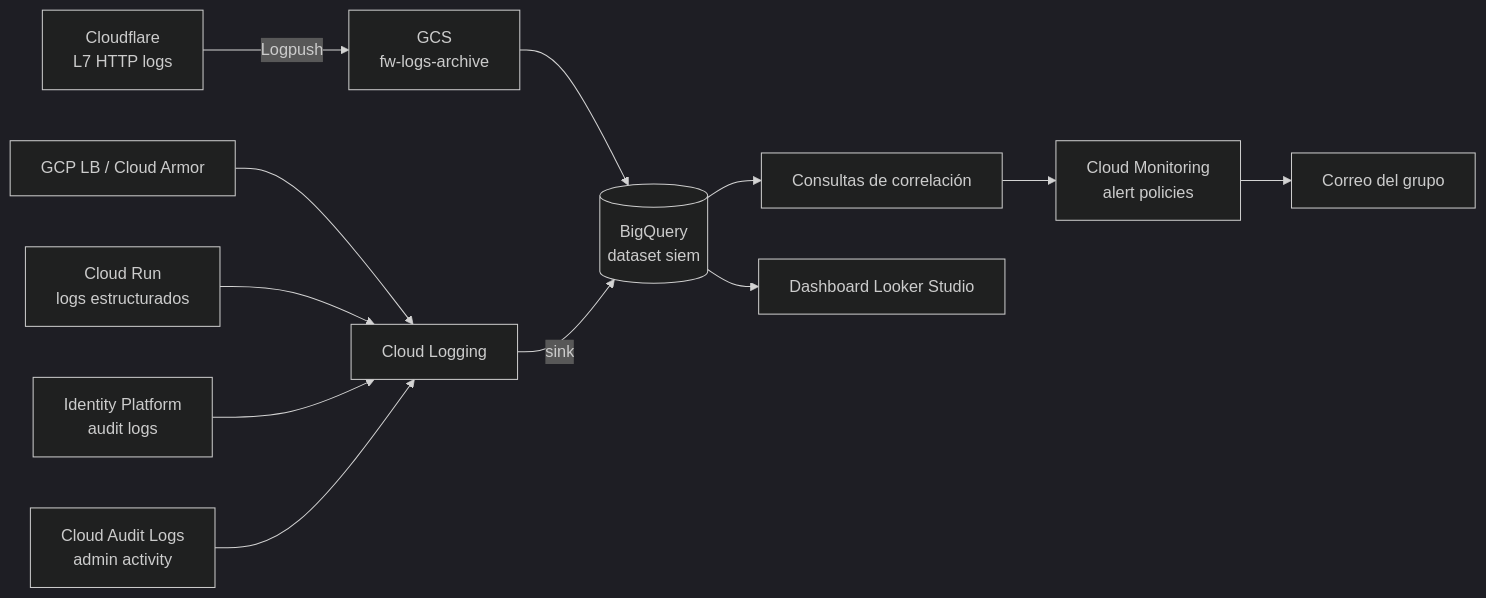
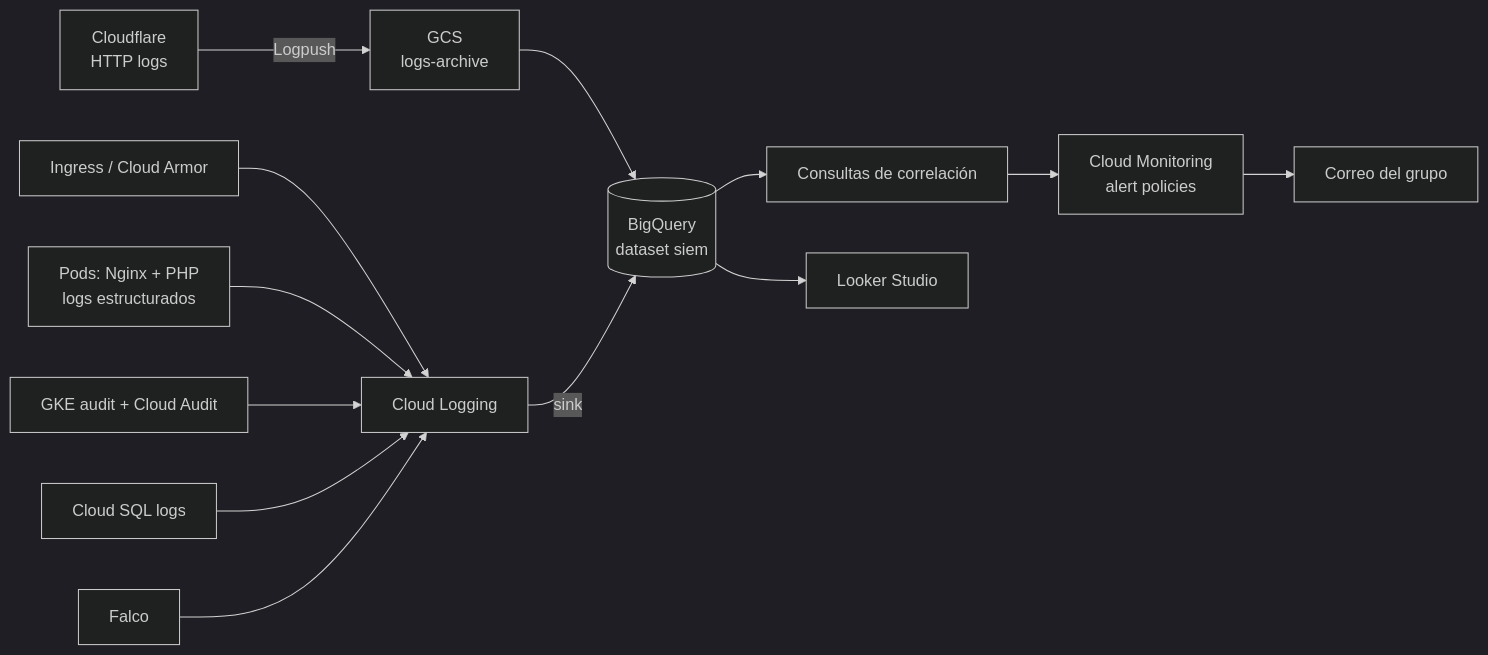
One commit to Joliva07/ProyectoFinal_SeguridadEnAplicaciones changed the diagram in docs/05-operaciones/siem.md. Above: the diagram before and after it, drawn with Mermaid (dark theme). The commit also changed other lines of this file and 38 other files, not shown here.

````diff
--- a/docs/05-operaciones/siem.md
+++ b/docs/05-operaciones/siem.md
@@ -7,14 +7,15 @@
 ```mermaid
 flowchart LR
-    CF["Cloudflare<br/>L7 HTTP logs"] -->|Logpush| GCS["GCS<br/>fw-logs-archive"]
-    LB["GCP LB / Cloud Armor"] --> LOG["Cloud Logging"]
-    RUN["Cloud Run<br/>logs estructurados"] --> LOG
-    IDP["Identity Platform<br/>audit logs"] --> LOG
-    IAM["Cloud Audit Logs<br/>admin activity"] --> LOG
+    CF["Cloudflare<br/>HTTP logs"] -->|Logpush| GCS["GCS<br/>logs-archive"]
+    LB["Ingress / Cloud Armor"] --> LOG["Cloud Logging"]
+    APP["Pods: Nginx + PHP<br/>logs estructurados"] --> LOG
+    AUD["GKE audit + Cloud Audit"] --> LOG
+    SQL["Cloud SQL logs"] --> LOG
+    FALCO["Falco"] --> LOG
     GCS --> BQ[("BigQuery<br/>dataset siem")]
     LOG -->|sink| BQ
-    BQ --> LOOK["Consultas de correlación"]
-    LOOK --> ALERT["Cloud Monitoring<br/>alert policies"]
+    BQ --> Q["Consultas de correlación"]
+    Q --> ALERT["Cloud Monitoring<br/>alert policies"]
     ALERT --> MAIL["Correo del grupo"]
-    BQ --> DASH["Dashboard Looker Studio"]
+    BQ --> DASH["Looker Studio"]
 ```
````
